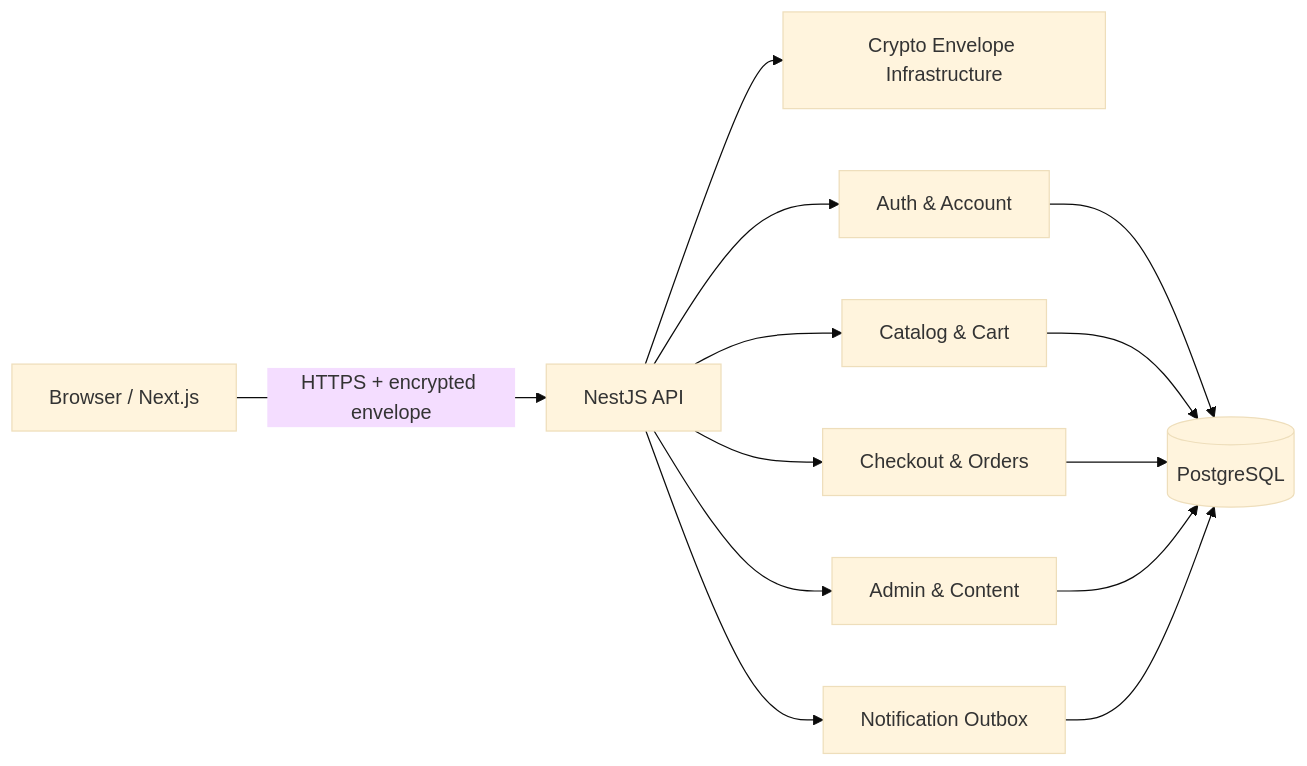
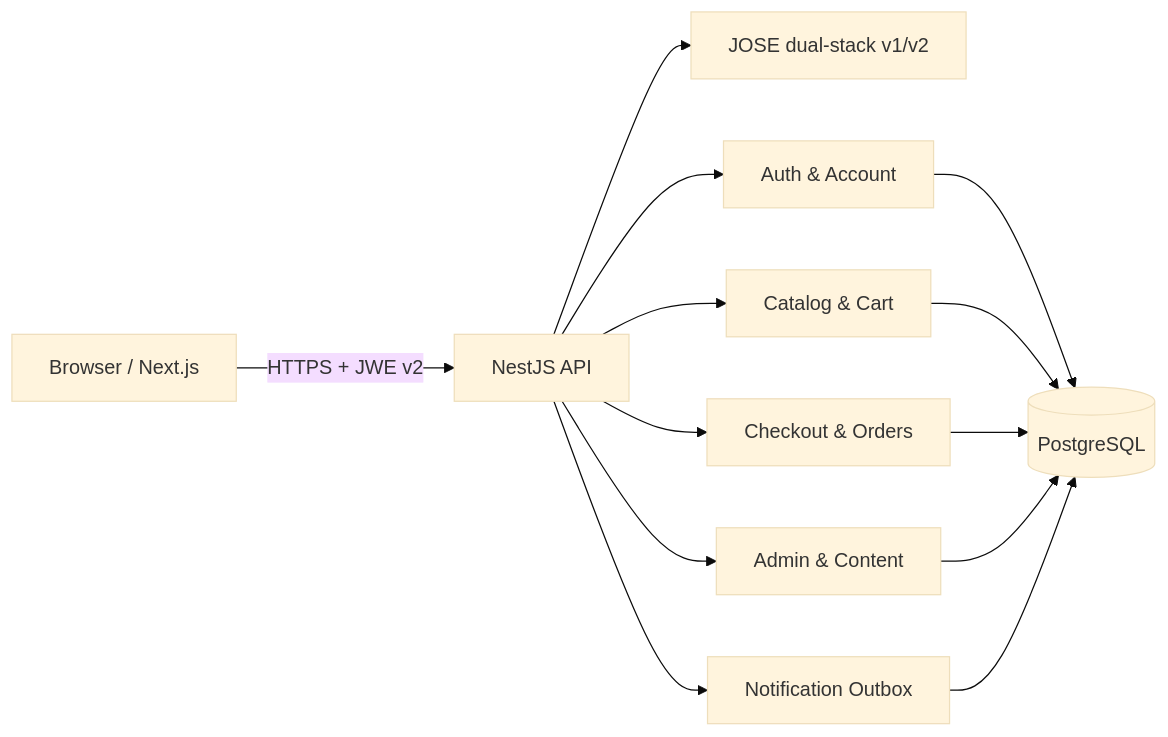
The first of 2 diagrams in docs/ARCHITECTURE.md (Jaycelation/Web-Project), drawn with Mermaid (base theme) before and after one commit. The commit also changed other lines of this file and 93 other files, not shown here.

````diff
--- a/docs/ARCHITECTURE.md
+++ b/docs/ARCHITECTURE.md
@@ -9,15 +9,15 @@
 ```mermaid
 flowchart LR
-  B[Browser / Next.js] -->|HTTPS + encrypted envelope| A[NestJS API]
-  A --> C[Crypto Envelope Infrastructure]
+  B[Browser / Next.js] -->|HTTPS + JWE v2| A[NestJS API]
+  A --> C[JOSE dual-stack v1/v2]
   A --> AU[Auth & Account]
   A --> CA[Catalog & Cart]
   A --> CO[Checkout & Orders]
   A --> AD[Admin & Content]
   A --> NO[Notification Outbox]
   AU --> P[(PostgreSQL)]
   CA --> P
   CO --> P
   AD --> P
   NO --> P
 ```
````
